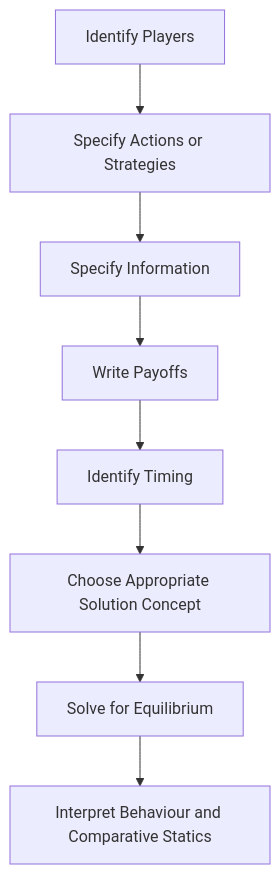
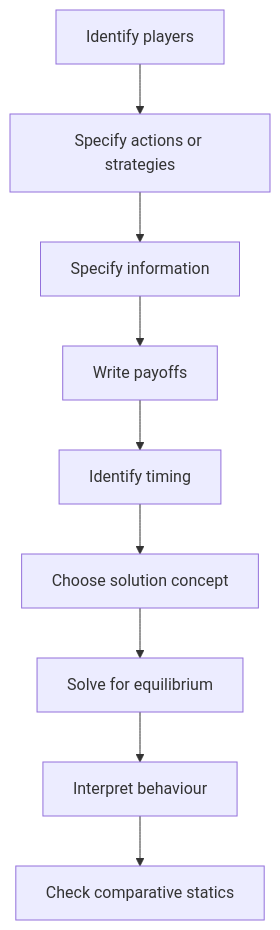
The third of 5 diagrams in notes/game-theory.qmd (Sorenqwer/my-notes-site), drawn with Mermaid before and after one commit. The commit also changed other lines of this file, not shown here.

````diff
--- a/notes/game-theory.qmd
+++ b/notes/game-theory.qmd
@@ -63,10 +89,11 @@
 ```{mermaid}
 flowchart TD
-    A[Identify Players] --> B[Specify Actions or Strategies]
-    B --> C[Specify Information]
-    C --> D[Write Payoffs]
-    D --> E[Identify Timing]
-    E --> F[Choose Appropriate Solution Concept]
-    F --> G[Solve for Equilibrium]
-    G --> H[Interpret Behaviour and Comparative Statics]
+    A[Identify players] --> B[Specify actions or strategies]
+    B --> C[Specify information]
+    C --> D[Write payoffs]
+    D --> E[Identify timing]
+    E --> F[Choose solution concept]
+    F --> G[Solve for equilibrium]
+    G --> H[Interpret behaviour]
+    H --> I[Check comparative statics]
 ```
````
